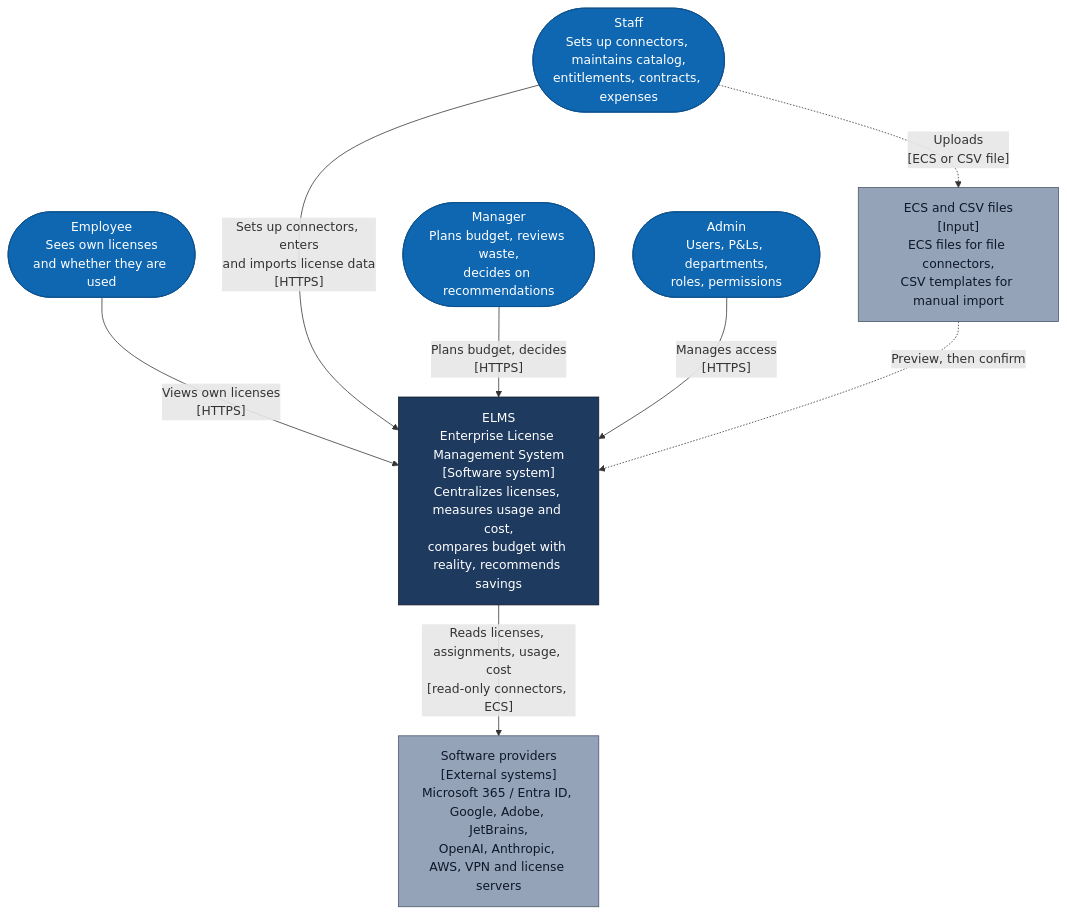
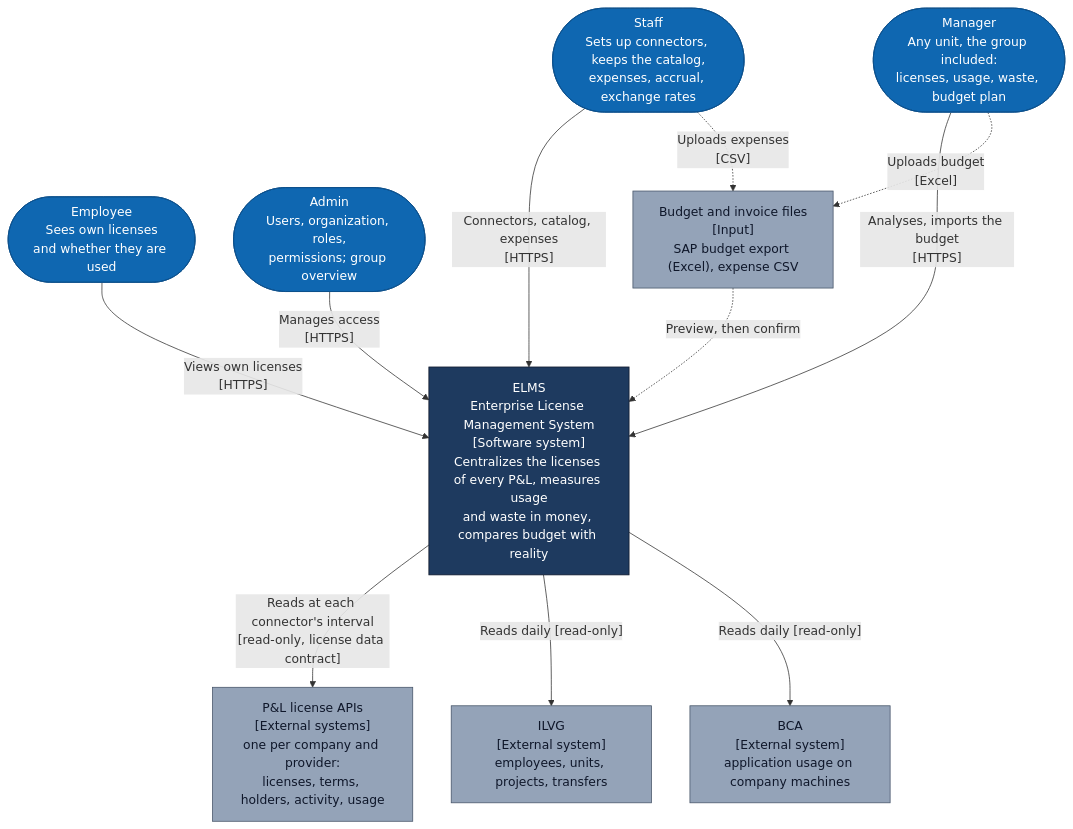
One commit to cuonglpv/VFast changed the first of 7 diagrams in docs/07-c4-architecture.md. Above: the diagram before and after it, drawn with Mermaid. The commit also changed other lines of this file, not shown here.

First line of the commit message:
docs: align the C4 architecture with the P&L API model

````diff
--- a/docs/07-c4-architecture.md
+++ b/docs/07-c4-architecture.md
@@ -20,27 +22,32 @@
 ```mermaid
 flowchart TB
     employee(["Employee<br/>Sees own licenses<br/>and whether they are used"])
-    staff(["Staff<br/>Sets up connectors, maintains catalog,<br/>entitlements, contracts, expenses"])
-    manager(["Manager<br/>Plans budget, reviews waste,<br/>decides on recommendations"])
-    admin(["Admin<br/>Users, P&Ls, departments,<br/>roles, permissions"])
+    staff(["Staff<br/>Sets up connectors, keeps the catalog,<br/>expenses, accrual, exchange rates"])
+    manager(["Manager<br/>Any unit, the group included:<br/>licenses, usage, waste, budget plan"])
+    admin(["Admin<br/>Users, organization, roles,<br/>permissions; group overview"])
 
-    elms["ELMS<br/>Enterprise License Management System<br/>[Software system]<br/>Centralizes licenses, measures usage and cost,<br/>compares budget with reality, recommends savings"]
+    elms["ELMS<br/>Enterprise License Management System<br/>[Software system]<br/>Centralizes the licenses of every P&L, measures usage<br/>and waste in money, compares budget with reality"]
 
-    providers["Software providers<br/>[External systems]<br/>Microsoft 365 / Entra ID, Google, Adobe, JetBrains,<br/>OpenAI, Anthropic, AWS, VPN and license servers"]
-    files["ECS and CSV files<br/>[Input]<br/>ECS files for file connectors,<br/>CSV templates for manual import"]
+    pnl["P&L license APIs<br/>[External systems]<br/>one per company and provider:<br/>licenses, terms, holders, activity, usage"]
+    ilvg["ILVG<br/>[External system]<br/>employees, units, projects, transfers"]
+    bca["BCA<br/>[External system]<br/>application usage on company machines"]
+    files["Budget and invoice files<br/>[Input]<br/>SAP budget export (Excel), expense CSV"]
 
     employee -- "Views own licenses<br/>[HTTPS]" --> elms
-    staff -- "Sets up connectors, enters<br/>and imports license data<br/>[HTTPS]" --> elms
-    manager -- "Plans budget, decides<br/>[HTTPS]" --> elms
+    staff -- "Connectors, catalog, expenses<br/>[HTTPS]" --> elms
+    manager -- "Analyses, imports the budget<br/>[HTTPS]" --> elms
     admin -- "Manages access<br/>[HTTPS]" --> elms
-    elms -- "Reads licenses, assignments, usage, cost<br/>[read-only connectors, ECS]" --> providers
-    staff -. "Uploads<br/>[ECS or CSV file]" .-> files
+    elms -- "Reads at each connector's interval<br/>[read-only, license data contract]" --> pnl
+    elms -- "Reads daily [read-only]" --> ilvg
+    elms -- "Reads daily [read-only]" --> bca
+    manager -. "Uploads budget<br/>[Excel]" .-> files
+    staff -. "Uploads expenses<br/>[CSV]" .-> files
     files -. "Preview, then confirm" .-> elms
 
     classDef person fill:#0F67B1,stroke:#0B4F8A,color:#fff
     classDef system fill:#1E3A5F,stroke:#0F172A,color:#fff
     classDef external fill:#94A3B8,stroke:#475569,color:#0F172A
     class employee,staff,manager,admin person
     class elms system
-    class providers,files external
+    class pnl,ilvg,bca,files external
 ```
````
